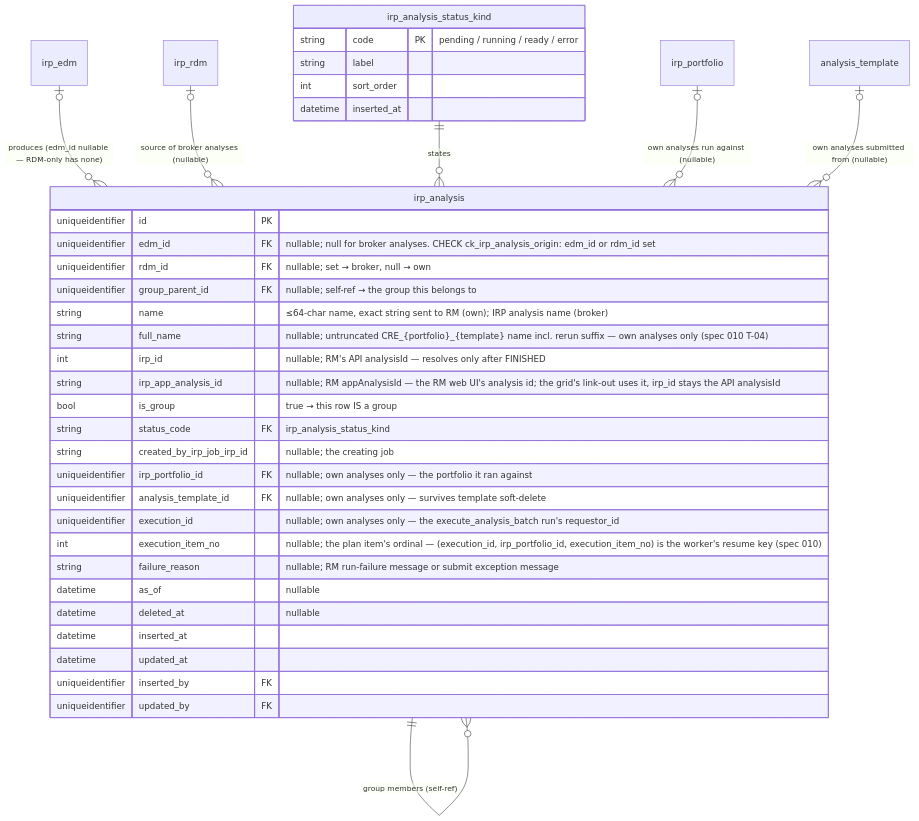
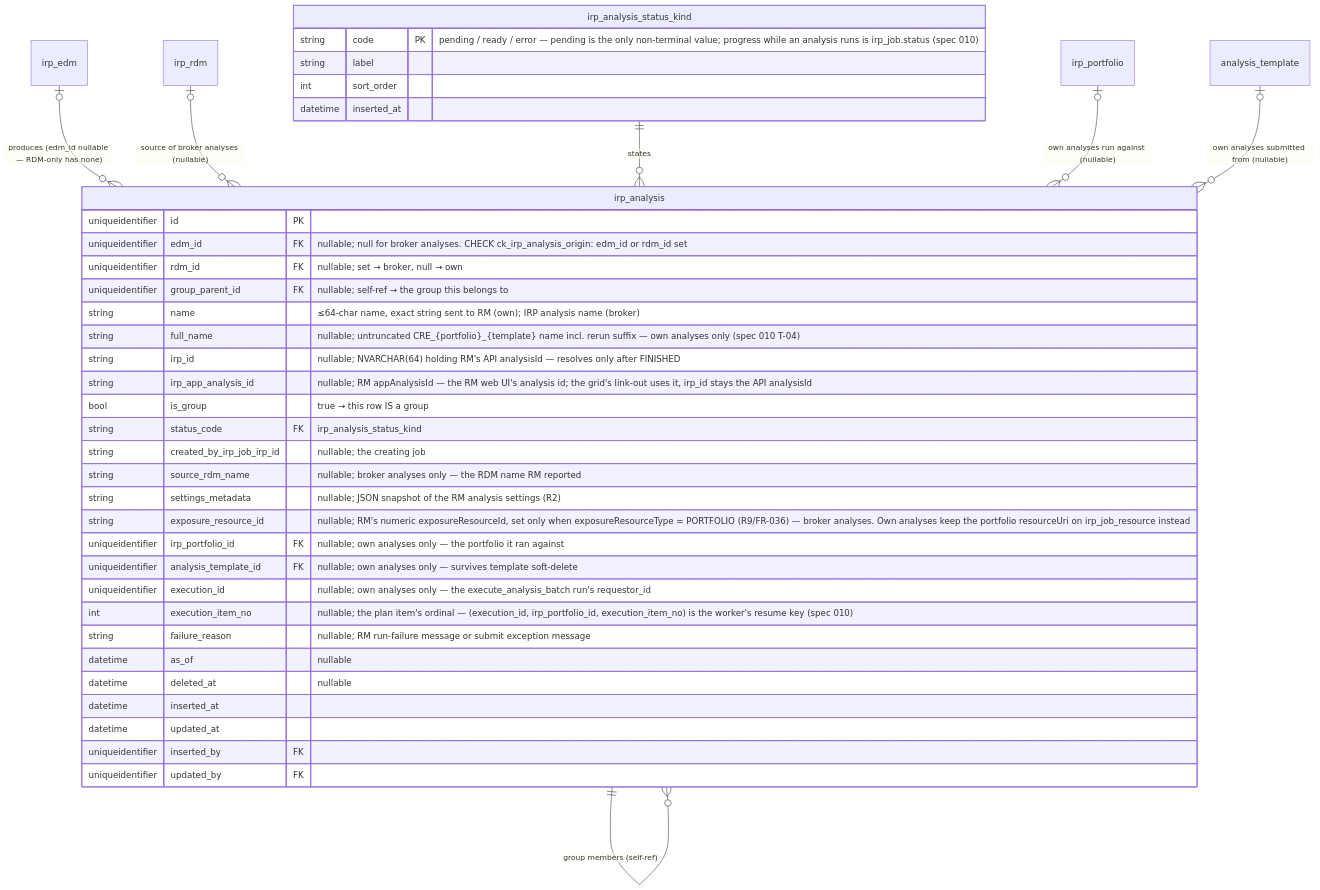
One commit to anilvenugopal/risk-workbench changed the fourth of 9 diagrams in docs/DATA_MODEL.md. Above: the diagram before and after it, drawn with Mermaid. The commit also changed other lines of this file and 7 other files, not shown here.

````diff
--- a/docs/DATA_MODEL.md
+++ b/docs/DATA_MODEL.md
@@ -293,41 +293,44 @@
 ```mermaid
 erDiagram
   irp_edm |o--o{ irp_analysis : "produces (edm_id nullable — RDM-only has none)"
   irp_rdm |o--o{ irp_analysis : "source of broker analyses (nullable)"
   irp_analysis ||--o{ irp_analysis : "group members (self-ref)"
   irp_analysis_status_kind ||--o{ irp_analysis : states
 
   irp_portfolio |o--o{ irp_analysis : "own analyses run against (nullable)"
   analysis_template |o--o{ irp_analysis : "own analyses submitted from (nullable)"
 
   irp_analysis {
     uniqueidentifier id PK
     uniqueidentifier edm_id FK "nullable; null for broker analyses. CHECK ck_irp_analysis_origin: edm_id or rdm_id set"
     uniqueidentifier rdm_id FK "nullable; set → broker, null → own"
     uniqueidentifier group_parent_id FK "nullable; self-ref → the group this belongs to"
     string name "≤64-char name, exact string sent to RM (own); IRP analysis name (broker)"
     string full_name "nullable; untruncated CRE_{portfolio}_{template} name incl. rerun suffix — own analyses only (spec 010 T-04)"
-    int irp_id "nullable; RM's API analysisId — resolves only after FINISHED"
+    string irp_id "nullable; NVARCHAR(64) holding RM's API analysisId — resolves only after FINISHED"
     string irp_app_analysis_id "nullable; RM appAnalysisId — the RM web UI's analysis id; the grid's link-out uses it, irp_id stays the API analysisId"
     bool is_group "true → this row IS a group"
     string status_code FK "irp_analysis_status_kind"
     string created_by_irp_job_irp_id "nullable; the creating job"
+    string source_rdm_name "nullable; broker analyses only — the RDM name RM reported"
+    string settings_metadata "nullable; JSON snapshot of the RM analysis settings (R2)"
+    string exposure_resource_id "nullable; RM's numeric exposureResourceId, set only when exposureResourceType = PORTFOLIO (R9/FR-036) — broker analyses. Own analyses keep the portfolio resourceUri on irp_job_resource instead"
     uniqueidentifier irp_portfolio_id FK "nullable; own analyses only — the portfolio it ran against"
     uniqueidentifier analysis_template_id FK "nullable; own analyses only — survives template soft-delete"
     uniqueidentifier execution_id "nullable; own analyses only — the execute_analysis_batch run's requestor_id"
     int execution_item_no "nullable; the plan item's ordinal — (execution_id, irp_portfolio_id, execution_item_no) is the worker's resume key (spec 010)"
     string failure_reason "nullable; RM run-failure message or submit exception message"
     datetime as_of "nullable"
     datetime deleted_at "nullable"
     datetime inserted_at
     datetime updated_at
     uniqueidentifier inserted_by FK
     uniqueidentifier updated_by FK
   }
   irp_analysis_status_kind {
-    string code PK "pending / running / ready / error"
+    string code PK "pending / ready / error — pending is the only non-terminal value; progress while an analysis runs is irp_job.status (spec 010)"
     string label
     int sort_order
     datetime inserted_at
   }
 ```
````
